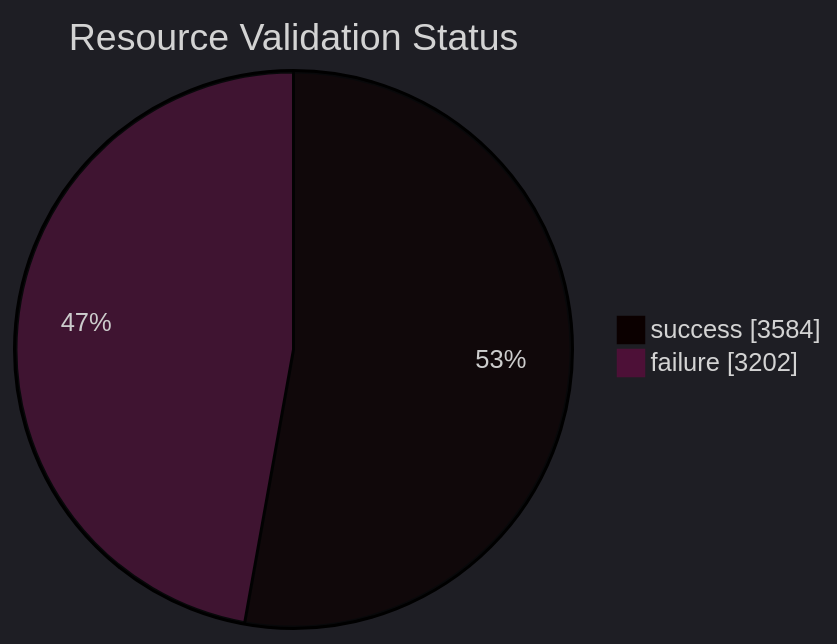
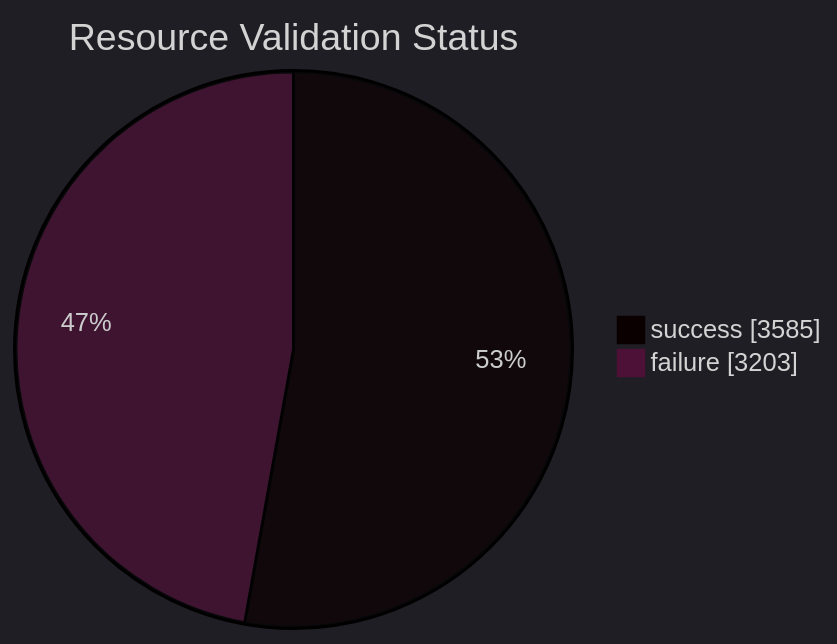
One commit to open-data/analytics-corporate-reporting changed the diagram in datastore_tracker/resource_validation_status_pie_chart.md. Above: the diagram before and after it, drawn with Mermaid. The commit also changed 8 other files, not shown here.

````diff
--- a/datastore_tracker/resource_validation_status_pie_chart.md
+++ b/datastore_tracker/resource_validation_status_pie_chart.md
@@ -2,9 +2,9 @@
 ```mermaid
 ---
 config:
   theme: dark
 ---
 pie showData title Resource Validation Status
-    "success": 3584
-    "failure": 3202
+    "success": 3585
+    "failure": 3203
 ```
````
